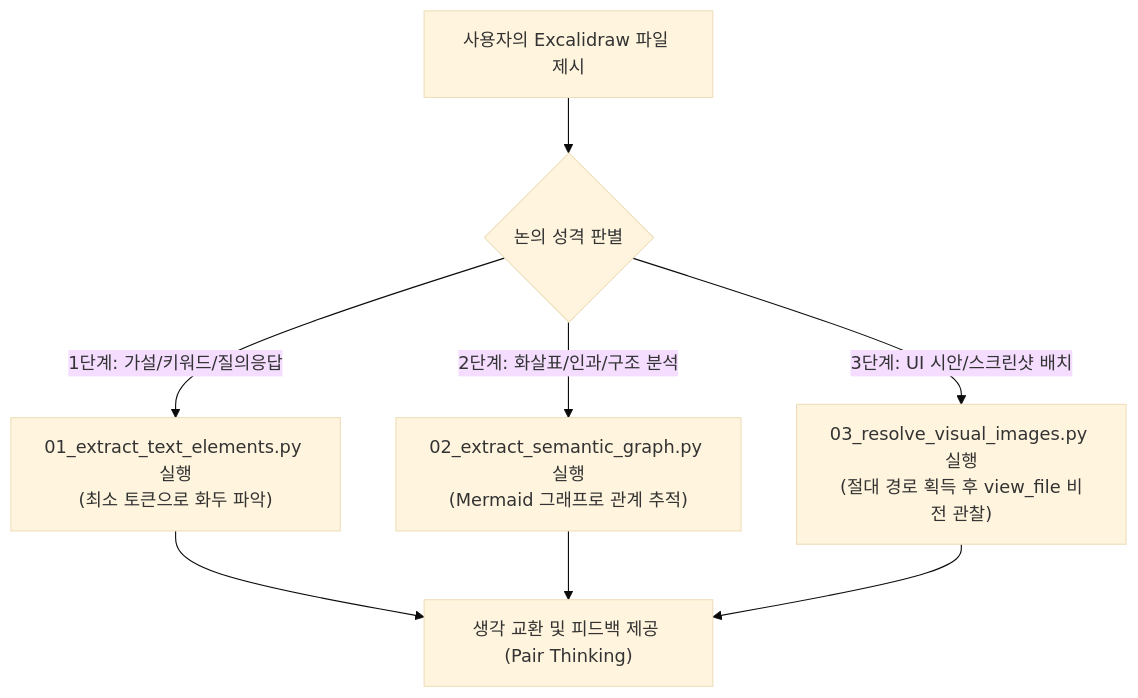
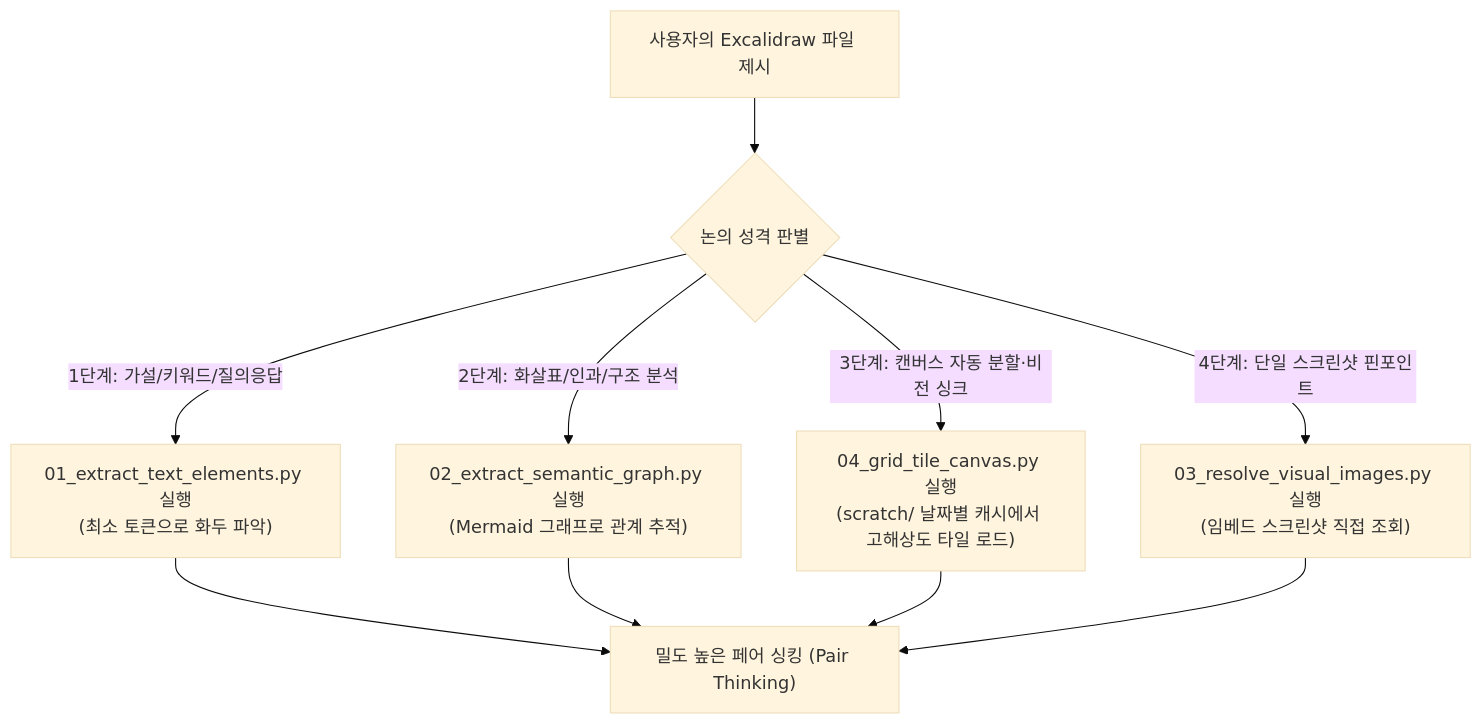
Before and after one commit to knee2420/VibePatchNote: the diagram in .agents/skills/external_pm_03_obsidian_excalidraw_collaborator/SKILL.md, drawn with Mermaid (base theme). The commit also changed other lines of this file and 2 other files, not shown here.

````diff
--- a/.agents/skills/external_pm_03_obsidian_excalidraw_collaborator/SKILL.md
+++ b/.agents/skills/external_pm_03_obsidian_excalidraw_collaborator/SKILL.md
@@ -37,10 +38,12 @@
 ```mermaid
 flowchart TD
     A["사용자의 Excalidraw 파일 제시"] --> B{"논의 성격 판별"}
     B -- "1단계: 가설/키워드/질의응답" --> C["01_extract_text_elements.py 실행\n(최소 토큰으로 화두 파악)"]
     B -- "2단계: 화살표/인과/구조 분석" --> D["02_extract_semantic_graph.py 실행\n(Mermaid 그래프로 관계 추적)"]
-    B -- "3단계: UI 시안/스크린샷 배치" --> E["03_resolve_visual_images.py 실행\n(절대 경로 획득 후 view_file 비전 관찰)"]
-    C --> F["생각 교환 및 피드백 제공 (Pair Thinking)"]
+    B -- "3단계: 캔버스 자동 분할·비전 싱크" --> E["04_grid_tile_canvas.py 실행\n(scratch/ 날짜별 캐시에서 고해상도 타일 로드)"]
+    B -- "4단계: 단일 스크린샷 핀포인트" --> G["03_resolve_visual_images.py 실행\n(임베드 스크린샷 직접 조회)"]
+    C --> F["밀도 높은 페어 싱킹 (Pair Thinking)"]
     D --> F
     E --> F
+    G --> F
 ```
````
